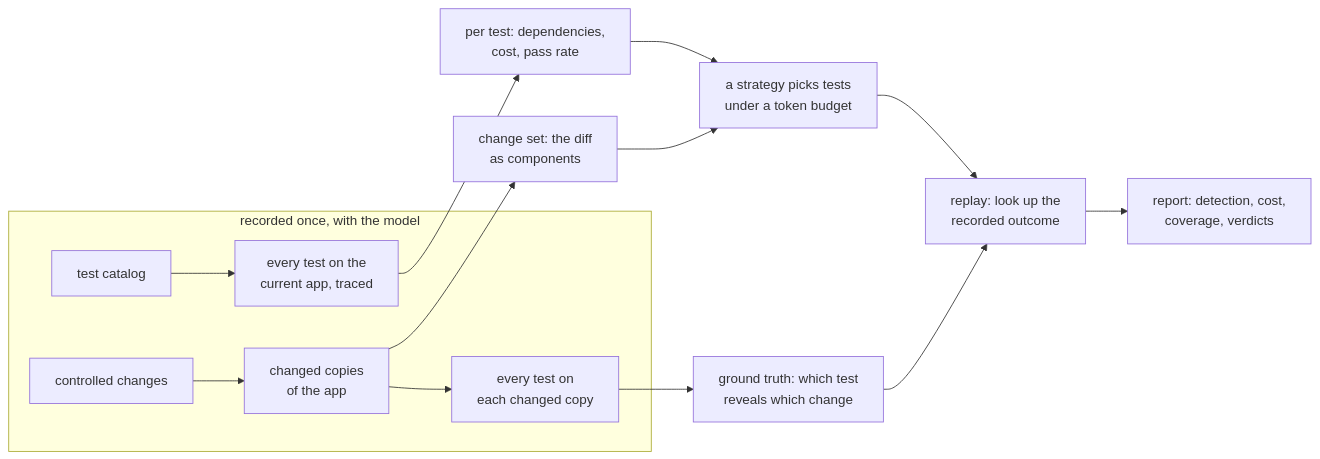
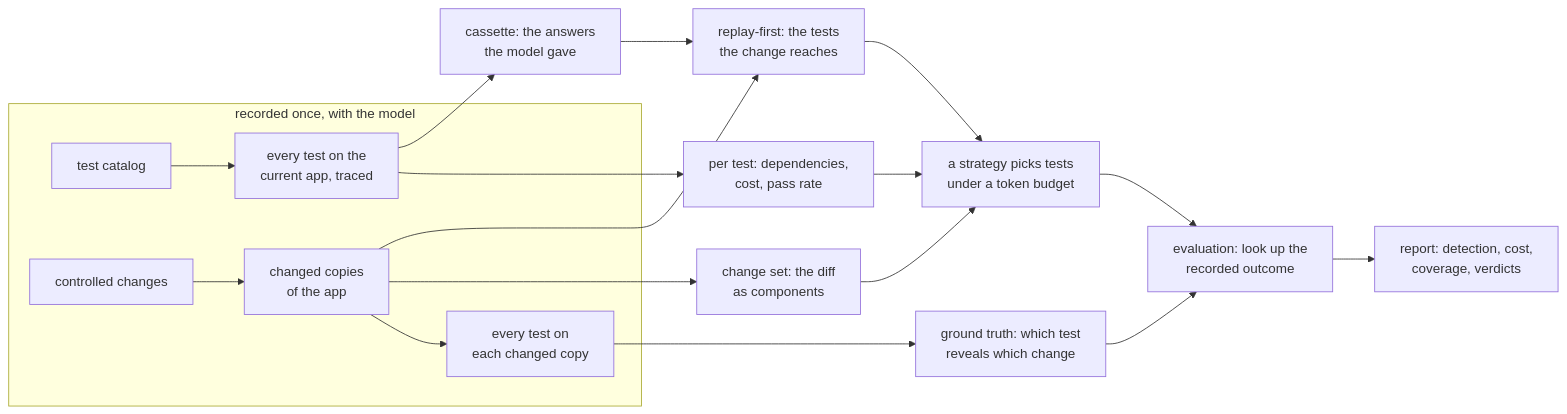
One commit to unibuc-cs/TestingTheAgents changed the diagram in trace-eval/README.md. Above: the diagram before and after it, drawn with Mermaid. The commit also changed other lines of this file and 77 other files, not shown here.

First line of the commit message:
Replay-first testing in the testbed, and every strategy compared under the same two rules

````diff
--- a/trace-eval/README.md
+++ b/trace-eval/README.md
@@ -13,16 +14,20 @@
 ```mermaid
 flowchart LR
     subgraph once["recorded once, with the model"]
         C["test catalog"] --> B["every test on the<br/>current app, traced"]
         M["controlled changes"] --> V["changed copies<br/>of the app"]
         V --> R["every test on<br/>each changed copy"]
     end
     B --> F["per test: dependencies,<br/>cost, pass rate"]
+    B --> K["cassette: the answers<br/>the model gave"]
     R --> G["ground truth: which test<br/>reveals which change"]
     V --> D["change set: the diff<br/>as components"]
+    K --> Y["replay-first: the tests<br/>the change reaches"]
+    V --> Y
     F --> S["a strategy picks tests<br/>under a token budget"]
     D --> S
-    S --> E["replay: look up the<br/>recorded outcome"]
+    Y --> S
+    S --> E["evaluation: look up the<br/>recorded outcome"]
     G --> E
     E --> P["report: detection, cost,<br/>coverage, verdicts"]
 ```
````
